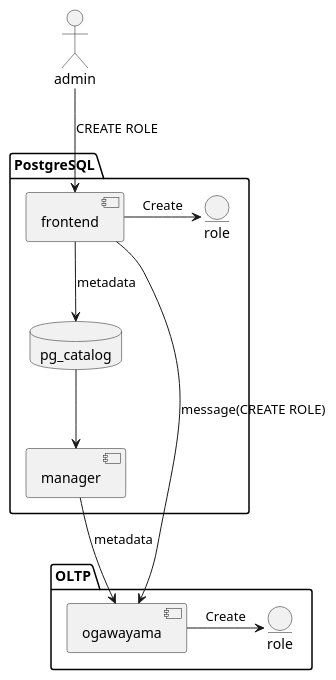
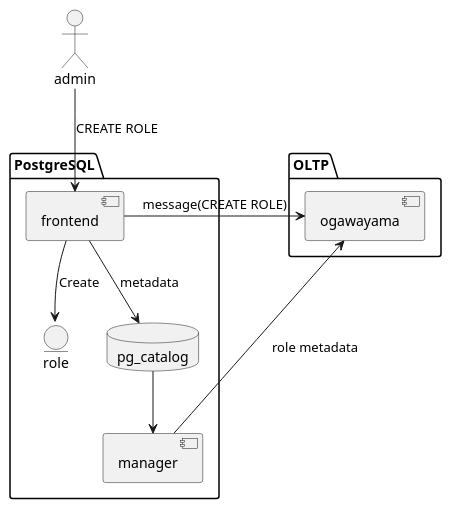
Before and after one commit to project-tsurugi/metadata-manager: the sixth of 8 diagrams in metadata-manager/docs/spec_design/user_management/images/UserManagement_BD.puml, drawn with PlantUML. The commit also changed other lines of this file and 9 other files, not shown here.

```diff
--- a/metadata-manager/docs/spec_design/user_management/images/UserManagement_BD.puml
+++ b/metadata-manager/docs/spec_design/user_management/images/UserManagement_BD.puml
@@ -156,24 +153,22 @@
 @startuml role
 actor admin
 
 package PostgreSQL {
+  entity role
   database pg_catalog
   component frontend
   component manager
-  entity role
 }
 
 package OLTP {
   component ogawayama
-  entity "role" as role_
 }
 
 admin --> frontend : CREATE ROLE
-frontend -> role : Create
+frontend --> role : Create
 frontend --> pg_catalog : metadata
 pg_catalog --> manager
-manager --> ogawayama : metadata
-ogawayama -> role_ : Create
+ogawayama <--- manager : role metadata
 frontend --> ogawayama : message(CREATE ROLE)
 
 @enduml
```
